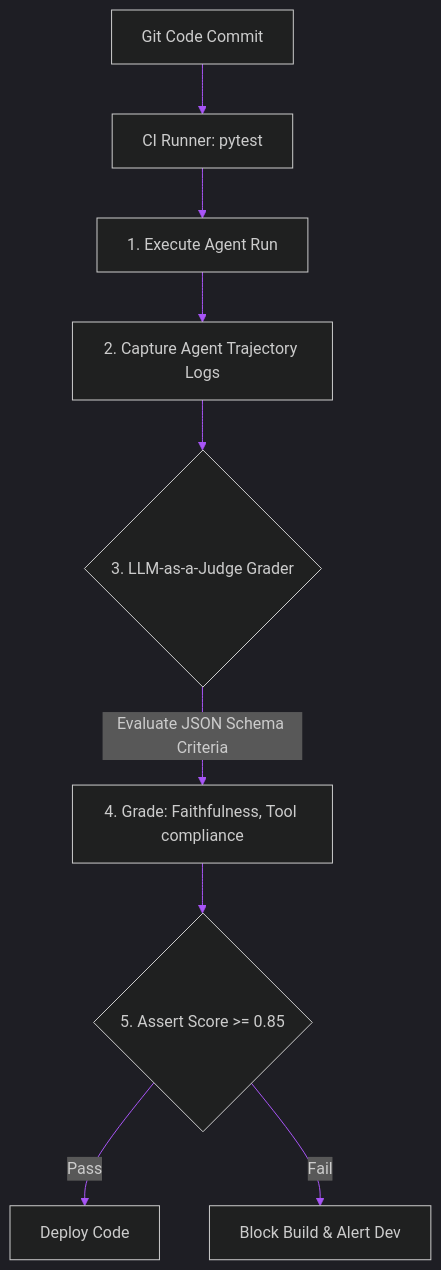
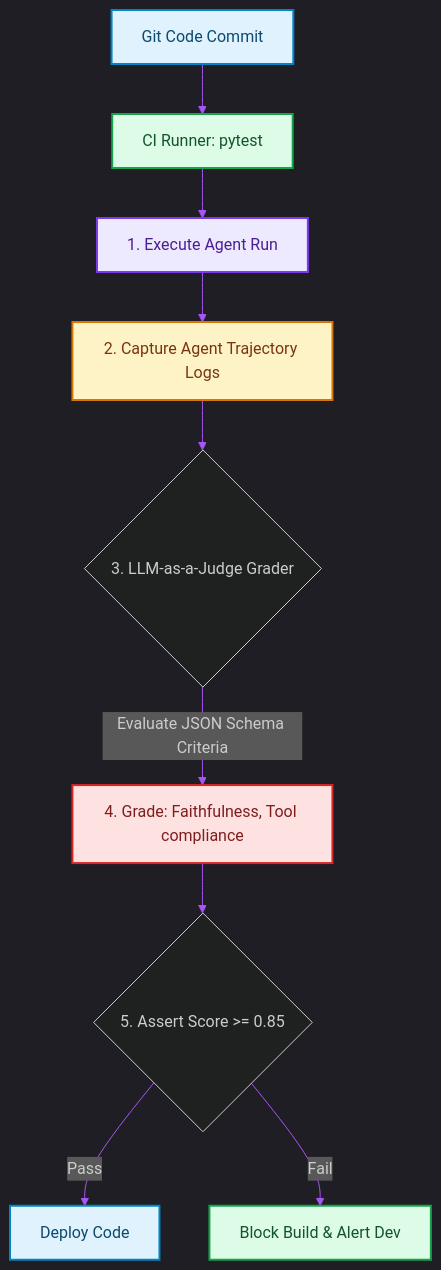
One commit to akmalkhaniub/akmalkhaniub.github.io changed the diagram in blog/posts/agentic-evals-llm-as-a-judge.md. Above: the diagram before and after it, drawn with Mermaid. The commit also changed other lines of this file and 1291 other files, not shown here.

First line of the commit message:
feat(catalog): unique covers, scholarly references, and diagram palettes

````diff
--- a/blog/posts/agentic-evals-llm-as-a-judge.md
+++ b/blog/posts/agentic-evals-llm-as-a-judge.md
@@ -18,14 +18,25 @@
 ```mermaid
 %%{init: {'theme': 'dark', 'themeVariables': { 'primaryColor': '#a855f7', 'primaryTextColor': '#f3f4f6', 'primaryBorderColor': '#c084fc', 'lineColor': '#a855f7', 'secondaryColor': '#111827', 'tertiaryColor': '#0b0f19'}}}%%
 flowchart TD
-    Git[Git Code Commit] --> CI[CI Runner: pytest]
-    CI --> Exec[1. Execute Agent Run]
-    Exec --> Trace[2. Capture Agent Trajectory Logs]
+    Git["Git Code Commit"] --> CI["CI Runner: pytest"]
+    CI --> Exec["1. Execute Agent Run"]
+    Exec --> Trace["2. Capture Agent Trajectory Logs"]
     
     Trace --> Judge{3. LLM-as-a-Judge Grader}
-    Judge -->|Evaluate JSON Schema Criteria| Scores[4. Grade: Faithfulness, Tool compliance]
+    Judge -->|Evaluate JSON Schema Criteria| Scores["4. Grade: Faithfulness, Tool compliance"]
     
     Scores --> Assert{5. Assert Score >= 0.85}
-    Assert -- Pass --> Deploy[Deploy Code]
-    Assert -- Fail --> Block[Block Build & Alert Dev]
+    Assert -- Pass --> Deploy["Deploy Code"]
+    Assert -- Fail --> Block["Block Build & Alert Dev"]
+
+classDef green fill:#dcfce7,stroke:#16a34a,stroke-width:2px,color:#14532d;
+classDef red fill:#fee2e2,stroke:#dc2626,stroke-width:2px,color:#7f1d1d;
+classDef blue fill:#e0f2fe,stroke:#0284c7,stroke-width:2px,color:#0c4a6e;
+classDef yellow fill:#fef3c7,stroke:#d97706,stroke-width:2px,color:#78350f;
+classDef purple fill:#ede9fe,stroke:#7c3aed,stroke-width:2px,color:#4c1d95;
+class Git,Deploy blue
+class CI,Block green
+class Exec purple
+class Trace yellow
+class Scores red
 ```
````
